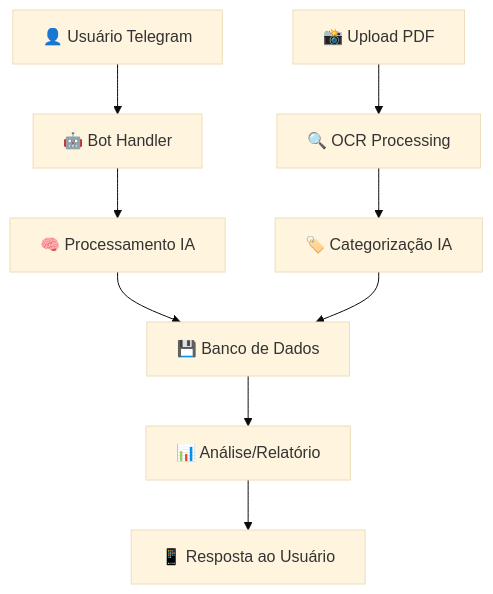
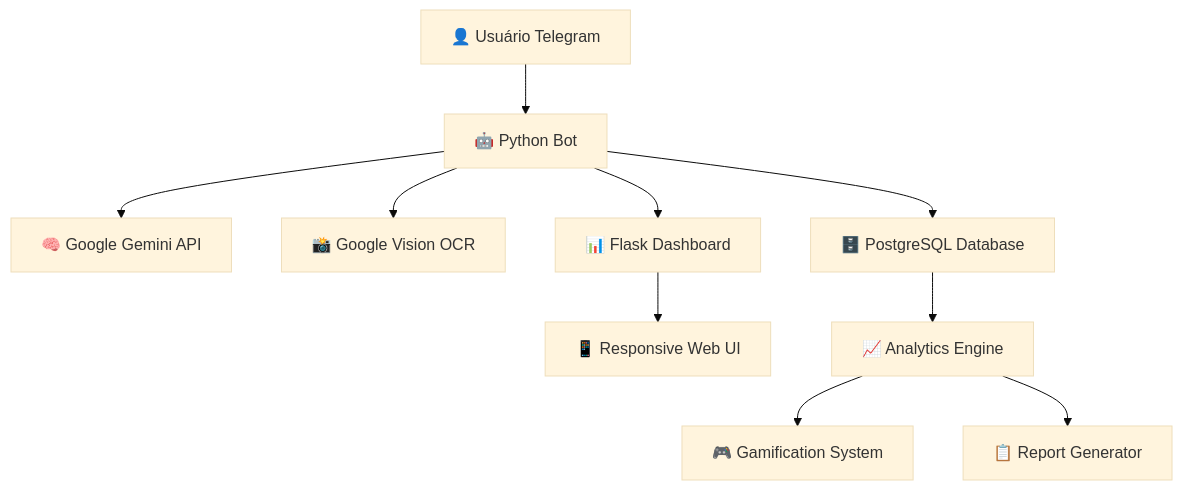
One commit to henrique-jfp/MaestroFin changed the diagram in README.md. Above: the diagram before and after it, drawn with Mermaid (base theme). The commit also changed other lines of this file and 5 other files, not shown here.

````diff
--- a/README.md
+++ b/README.md
@@ -370,12 +167,12 @@
 ```mermaid
-graph TD
-    A[👤 Usuário Telegram] --> B[🤖 Bot Handler]
-    B --> C[🧠 Processamento IA]
-    C --> D[💾 Banco de Dados]
-    D --> E[📊 Análise/Relatório]
-    E --> F[📱 Resposta ao Usuário]
-    
-    G[📸 Upload PDF] --> H[🔍 OCR Processing]
-    H --> I[🏷️ Categorização IA]
-    I --> D
+graph TB
+    A[👤 Usuário Telegram] --> B[🤖 Python Bot]
+    B --> C[🧠 Google Gemini API]
+    B --> D[📸 Google Vision OCR]
+    B --> E[🗄️ PostgreSQL Database]
+    B --> F[📊 Flask Dashboard]
+    F --> G[📱 Responsive Web UI]
+    E --> H[📈 Analytics Engine]
+    H --> I[🎮 Gamification System]
+    H --> J[📋 Report Generator]
 ```
````
